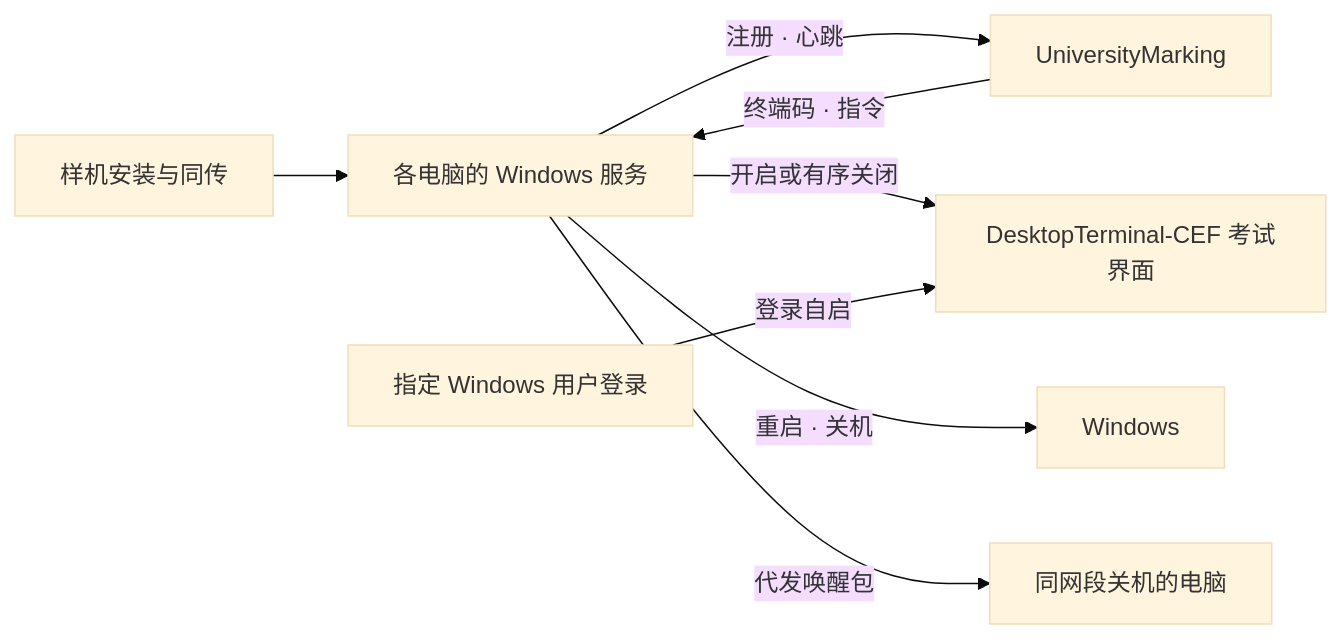
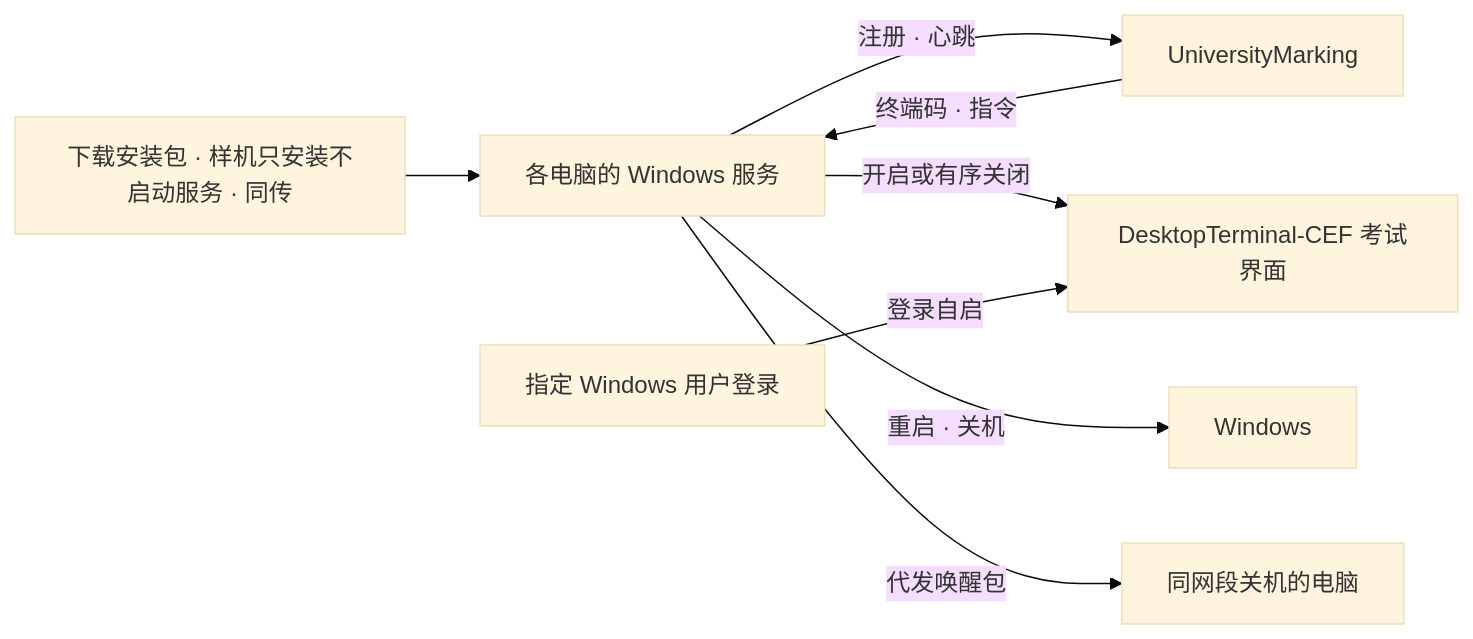
Before and after one commit to 2589195970/DesktopTerminal-2025-CEF: the diagram in docs/考场终端批量下发与开机注册方案.md, drawn with Mermaid (base theme). The commit also changed other lines of this file and 7 other files, not shown here.

````diff
--- a/docs/考场终端批量下发与开机注册方案.md
+++ b/docs/考场终端批量下发与开机注册方案.md
@@ -28,10 +28,10 @@
 ```mermaid
 flowchart LR
-    A[样机安装与同传] --> B[各电脑的 Windows 服务]
+    A[下载安装包 · 样机只安装不启动服务 · 同传] --> B[各电脑的 Windows 服务]
     B -->|注册 · 心跳| C[UniversityMarking]
     C -->|终端码 · 指令| B
     B -->|开启或有序关闭| G[DesktopTerminal-CEF 考试界面]
     B -->|重启 · 关机| E[Windows]
     B -->|代发唤醒包| W[同网段关机的电脑]
     F[指定 Windows 用户登录] -->|登录自启| G
 ```
````
